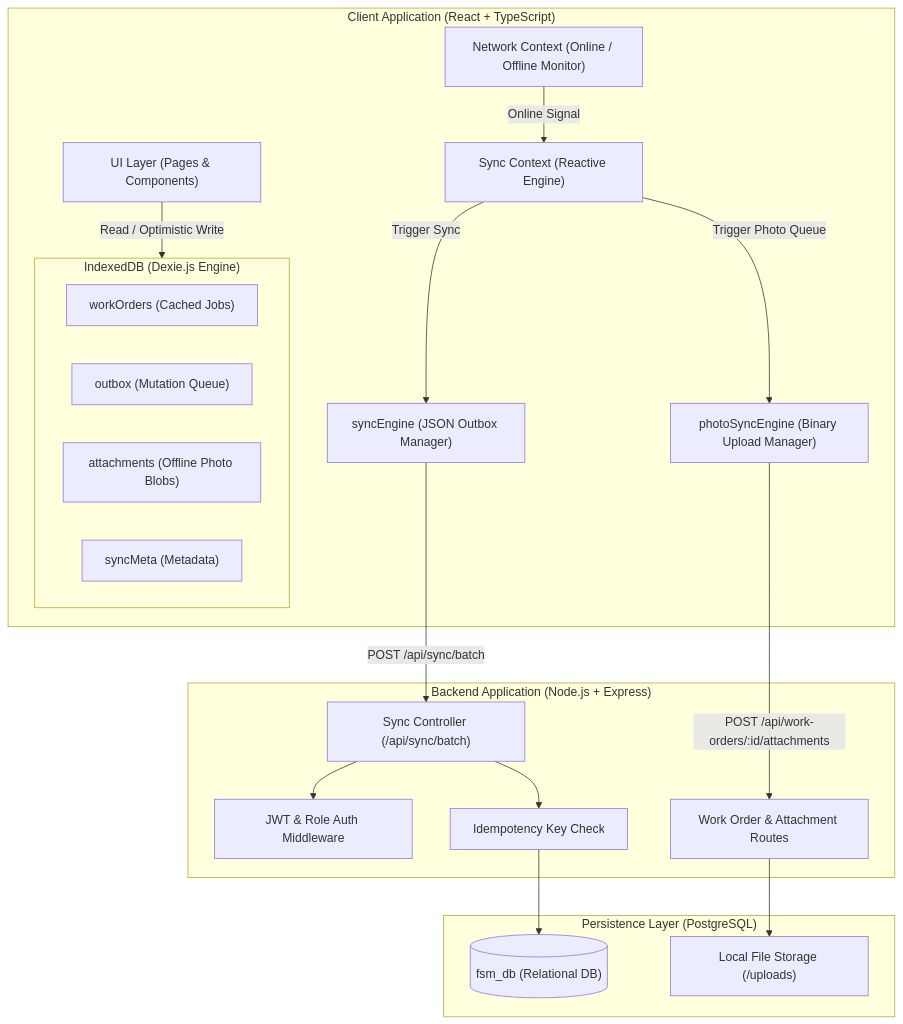
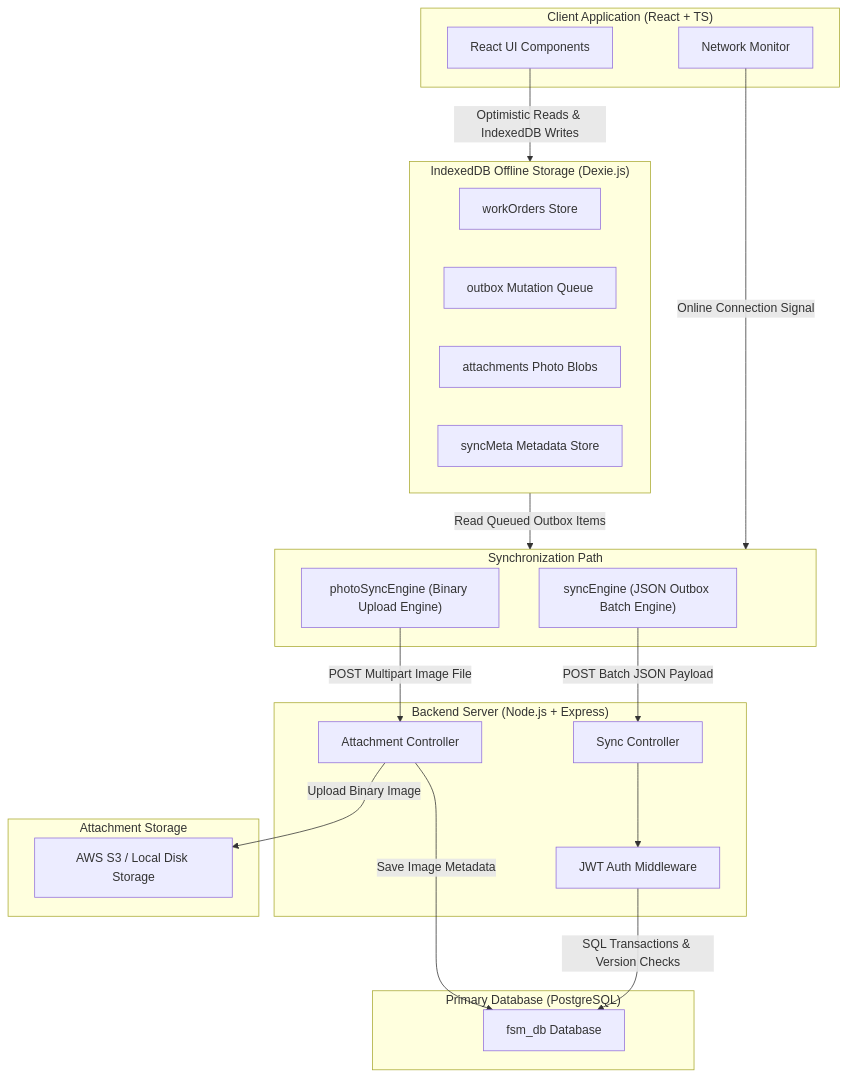
One commit to vishnudhrona/fieldflow-fsm changed the first of 2 diagrams in docs/ARCHITECTURE.md. Above: the diagram before and after it, drawn with Mermaid. The commit also changed other lines of this file and 11 other files, not shown here.

Commit message:
docs: add ER diagram, architecture, API specs, and offline-first fixes

````diff
--- a/docs/ARCHITECTURE.md
+++ b/docs/ARCHITECTURE.md
@@ -9,46 +9,46 @@
 ```mermaid
 graph TD
-    subgraph Browser ["Client Application (React + TypeScript)"]
-        UI["UI Layer (Pages & Components)"]
-        NetworkCtx["Network Context (Online / Offline Monitor)"]
-        SyncCtx["Sync Context (Reactive Engine)"]
-        
-        subgraph LocalDB ["IndexedDB (Dexie.js Engine)"]
-            WOStore["workOrders (Cached Jobs)"]
-            OutboxStore["outbox (Mutation Queue)"]
-            AttachStore["attachments (Offline Photo Blobs)"]
-            MetaStore["syncMeta (Metadata)"]
-        end
-
-        PhotoEngine["photoSyncEngine (Binary Upload Manager)"]
-        SyncEngine["syncEngine (JSON Outbox Manager)"]
+    subgraph Client ["Client Application (React + TS)"]
+        UI["React UI Components"]
+        NetMon["Network Monitor"]
     end
 
-    subgraph Server ["Backend Application (Node.js + Express)"]
-        AuthMiddleware["JWT & Role Auth Middleware"]
-        SyncController["Sync Controller (/api/sync/batch)"]
-        IdempotencyStore["Idempotency Key Check"]
-        WorkOrderRoutes["Work Order & Attachment Routes"]
+    subgraph IndexedDBStorage ["IndexedDB Offline Storage (Dexie.js)"]
+        WOCache["workOrders Store"]
+        OutboxQueue["outbox Mutation Queue"]
+        BlobStore["attachments Photo Blobs"]
+        SyncMetaStore["syncMeta Metadata Store"]
     end
 
-    subgraph Database ["Persistence Layer (PostgreSQL)"]
-        PGDB[("fsm_db (Relational DB)")]
-        DiskStorage["Local File Storage (/uploads)"]
+    subgraph SyncPath ["Synchronization Path"]
+        SyncEngine["syncEngine (JSON Outbox Batch Engine)"]
+        PhotoEngine["photoSyncEngine (Binary Upload Engine)"]
     end
 
-    %% Client Interactions
-    UI -->|Read / Optimistic Write| LocalDB
-    NetworkCtx -->|Online Signal| SyncCtx
-    SyncCtx -->|Trigger Sync| SyncEngine
-    SyncCtx -->|Trigger Photo Queue| PhotoEngine
+    subgraph Backend ["Backend Server (Node.js + Express)"]
+        Auth["JWT Auth Middleware"]
+        SyncCtrl["Sync Controller"]
+        AttachCtrl["Attachment Controller"]
+    end
 
-    %% Network Requests
-    SyncEngine -->|POST /api/sync/batch | SyncController
-    PhotoEngine -->|POST /api/work-orders/:id/attachments | WorkOrderRoutes
+    subgraph Database ["Primary Database (PostgreSQL)"]
+        PGDB["fsm_db Database"]
+    end
 
-    %% Server to DB
-    SyncController --> AuthMiddleware
-    SyncController --> IdempotencyStore
-    IdempotencyStore --> PGDB
-    WorkOrderRoutes --> DiskStorage
+    subgraph Storage ["Attachment Storage"]
+        S3Storage["AWS S3 / Local Disk Storage"]
+    end
+
+    UI -->|Optimistic Reads & IndexedDB Writes| IndexedDBStorage
+    NetMon -->|Online Connection Signal| SyncPath
+    IndexedDBStorage -->|Read Queued Outbox Items| SyncPath
+
+    SyncEngine -->|POST Batch JSON Payload| SyncCtrl
+    PhotoEngine -->|POST Multipart Image File| AttachCtrl
+
+    SyncCtrl --> Auth
+    Auth -->|SQL Transactions & Version Checks| PGDB
+
+    AttachCtrl -->|Save Image Metadata| PGDB
+    AttachCtrl -->|Upload Binary Image| S3Storage
 ```
````
